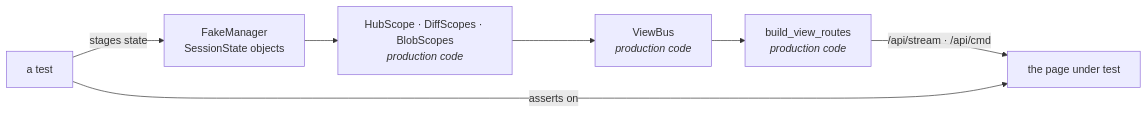
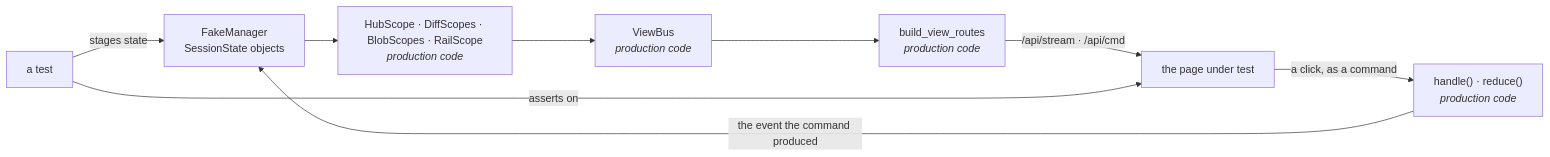
The diagram in docs/testing/web-ui.md (Joacchim/review-mate-prototype), drawn with Mermaid before and after one commit. The commit also changed other lines of this file and 5 other files, not shown here.

````diff
--- a/docs/testing/web-ui.md
+++ b/docs/testing/web-ui.md
@@ -34,9 +34,11 @@
 ```mermaid
 flowchart LR
     T["a test"] -->|stages state| F["FakeManager<br/>SessionState objects"]
-    F --> S["HubScope · DiffScopes · BlobScopes<br/><i>production code</i>"]
+    F --> S["HubScope · DiffScopes · BlobScopes · RailScope<br/><i>production code</i>"]
     S --> B["ViewBus<br/><i>production code</i>"]
     B --> R["build_view_routes<br/><i>production code</i>"]
     R -->|"/api/stream · /api/cmd"| P["the page under test"]
+    P -->|"a click, as a command"| C["handle() · reduce()<br/><i>production code</i>"]
+    C -->|"the event the command produced"| F
     T -->|asserts on| P
 ```
````
